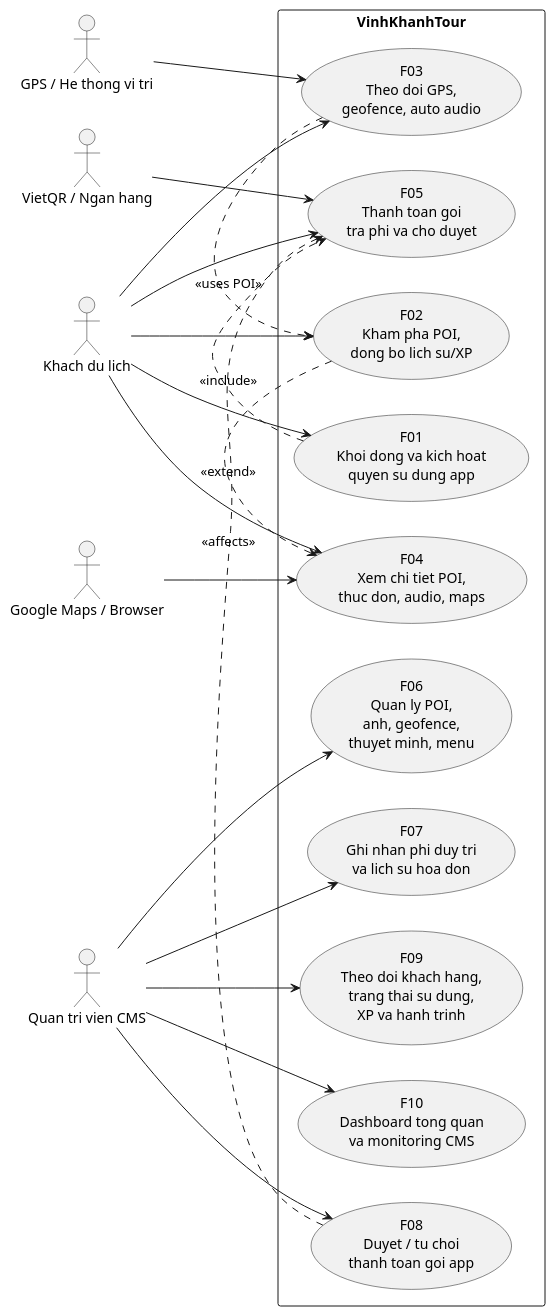
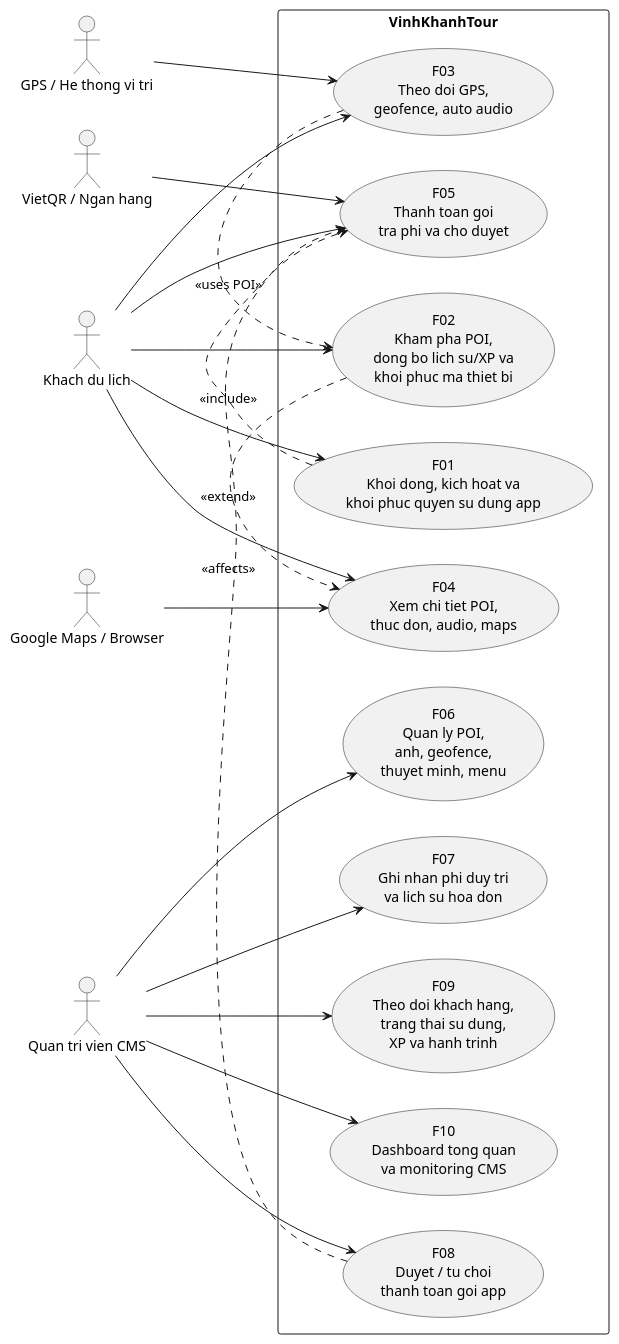
The diagram in docs/diagrams/00-overall-usecase.puml (VoBao182/PhoAmThuc), drawn with PlantUML before and after one commit. The commit also changed 21 other files, not shown here.

```diff
--- a/docs/diagrams/00-overall-usecase.puml
+++ b/docs/diagrams/00-overall-usecase.puml
@@ -1,72 +1,73 @@
 @startuml
 ' Diagram: F00 - Use case tong the he thong
 ' Status: WIP
-' Baseline: branch master, HEAD 29947b2
+' Baseline: branch master, HEAD b618c08
 ' Source:
 ' - VinhKhanhTourDemo/App.xaml.cs
 ' - VinhKhanhTourDemo/LaunchPage.xaml.cs
 ' - VinhKhanhTourDemo/SubscriptionState.cs
 ' - VinhKhanhTourDemo/DeviceIdentity.cs
 ' - VinhKhanhTourDemo/MainPage.xaml.cs
 ' - VinhKhanhTourDemo/DetailPage.xaml.cs
 ' - VinhKhanhTourDemo/SubscriptionPage.xaml.cs
+' - VinhKhanhTourDemo/QrScannerPage.xaml.cs
 ' - VinhKhanhTourDemo/PaymentPage.xaml.cs
 ' - VinhKhanhTourDemo/PaymentStatusPage.xaml.cs
 ' - VinhKhanhTourDemo/FoodImageCatalog.cs
 ' - VinhKhanhTour.API/Controllers/PoiController.cs
 ' - VinhKhanhTour.API/Controllers/ThuyetMinhController.cs
 ' - VinhKhanhTour.API/Controllers/HeartbeatController.cs
 ' - VinhKhanhTour.API/Controllers/SubscriptionController.cs
 ' - VinhKhanhTour.CMS/Pages/Poi/*.cshtml.cs
 ' - VinhKhanhTour.CMS/Pages/ThanhToan/*.cshtml.cs
 ' - VinhKhanhTour.CMS/Pages/DuyetThanhToan/Index.cshtml.cs
 ' - VinhKhanhTour.CMS/Pages/BanDo/Index.cshtml.cs
 ' - VinhKhanhTour.CMS/Pages/BanDo/Index.cshtml
 ' - VinhKhanhTour.CMS/Pages/Index.cshtml.cs
 ' - VinhKhanhTour.CMS/Pages/Index.cshtml
 ' - VinhKhanhTour.CMS/Utils/ImageUrlHelper.cs
-' Note: Da cap nhat theo HEAD 29947b2: LaunchPage, DeviceIdentity, restore profile/XP, payment polling, BanDo filter/sort/XP, va dashboard monitoring.
+' Note: Da cap nhat theo HEAD b618c08, bo sung recovery code/QR cho subscription gate va khoi phuc ma thiet bi trong MainPage, dong thoi giu cac luong monitoring CMS hien tai.
 left to right direction
 skinparam packageStyle rectangle
 
 actor "Khach du lich" as Guest
 actor "Quan tri vien CMS" as Admin
 actor "GPS / He thong vi tri" as GPS
 actor "Google Maps / Browser" as Maps
 actor "VietQR / Ngan hang" as Bank
 
 rectangle "VinhKhanhTour" {
-  usecase "F01\nKhoi dong va kich hoat\nquyen su dung app" as UC01
-  usecase "F02\nKham pha POI,\ndong bo lich su/XP" as UC02
+  usecase "F01\nKhoi dong, kich hoat va\nkhoi phuc quyen su dung app" as UC01
+  usecase "F02\nKham pha POI,\ndong bo lich su/XP va\nkhoi phuc ma thiet bi" as UC02
   usecase "F03\nTheo doi GPS,\ngeofence, auto audio" as UC03
   usecase "F04\nXem chi tiet POI,\nthuc don, audio, maps" as UC04
   usecase "F05\nThanh toan goi\ntra phi va cho duyet" as UC05
 
   usecase "F06\nQuan ly POI,\nanh, geofence,\nthuyet minh, menu" as UC06
   usecase "F07\nGhi nhan phi duy tri\nva lich su hoa don" as UC07
   usecase "F08\nDuyet / tu choi\nthanh toan goi app" as UC08
   usecase "F09\nTheo doi khach hang,\ntrang thai su dung,\nXP va hanh trinh" as UC09
   usecase "F10\nDashboard tong quan\nva monitoring CMS" as UC10
 }
 
 Guest --> UC01
 Guest --> UC02
 Guest --> UC03
 Guest --> UC04
 Guest --> UC05
 
 Admin --> UC06
 Admin --> UC07
 Admin --> UC08
 Admin --> UC09
 Admin --> UC10
 
 GPS --> UC03
 Maps --> UC04
 Bank --> UC05
 
 UC02 .> UC04 : <<extend>>
 UC01 .> UC05 : <<include>>
 UC08 .> UC05 : <<affects>>
 UC03 .> UC02 : <<uses POI>>
 @enduml
```
